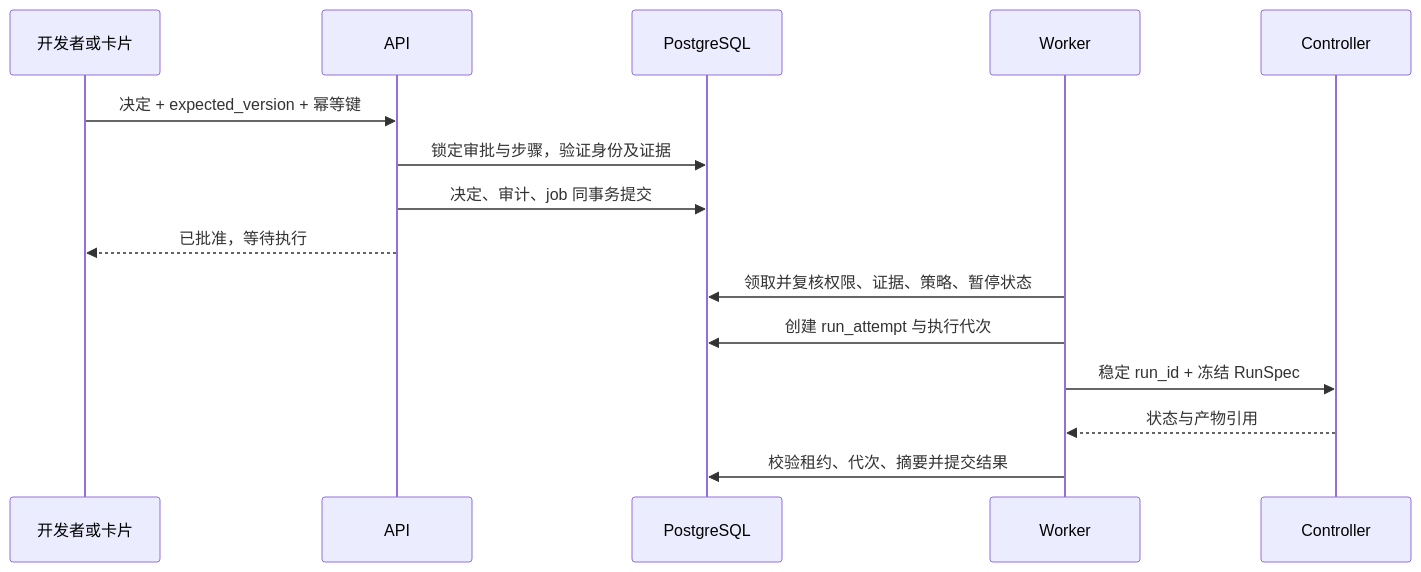
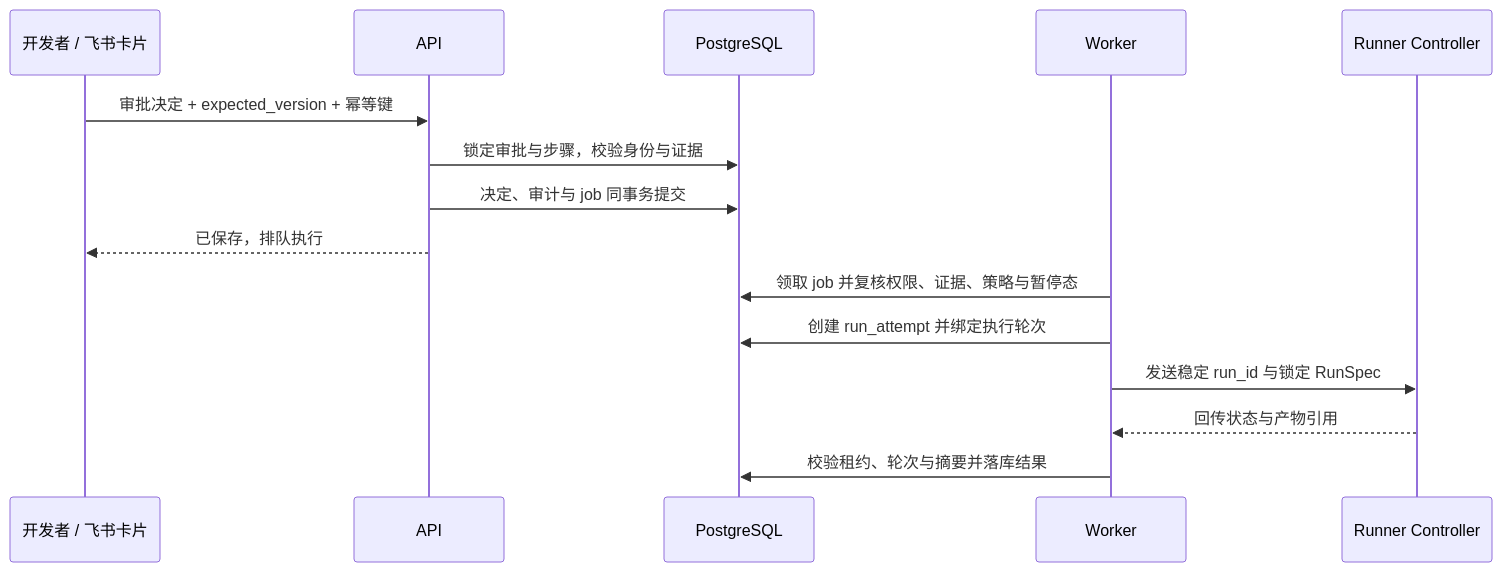
The third of 3 diagrams in docs/technical-design.md (kiraYuukiAsuna/AgentOwl), drawn with Mermaid before and after one commit. The commit also changed other lines of this file and 34 other files, not shown here.

````diff
--- a/docs/technical-design.md
+++ b/docs/technical-design.md
@@ -355,17 +309,17 @@
 ```mermaid
 sequenceDiagram
-    participant U as 开发者或卡片
+    participant U as 开发者 / 飞书卡片
     participant A as API
     participant D as PostgreSQL
     participant W as Worker
-    participant C as Controller
-    U->>A: 决定 + expected_version + 幂等键
-    A->>D: 锁定审批与步骤，验证身份及证据
-    A->>D: 决定、审计、job 同事务提交
-    A-->>U: 已批准，等待执行
-    W->>D: 领取并复核权限、证据、策略、暂停状态
-    W->>D: 创建 run_attempt 与执行代次
-    W->>C: 稳定 run_id + 冻结 RunSpec
-    C-->>W: 状态与产物引用
-    W->>D: 校验租约、代次、摘要并提交结果
+    participant C as Runner Controller
+    U->>A: 审批决定 + expected_version + 幂等键
+    A->>D: 锁定审批与步骤，校验身份与证据
+    A->>D: 决定、审计与 job 同事务提交
+    A-->>U: 已保存，排队执行
+    W->>D: 领取 job 并复核权限、证据、策略与暂停态
+    W->>D: 创建 run_attempt 并绑定执行轮次
+    W->>C: 发送稳定 run_id 与锁定 RunSpec
+    C-->>W: 回传状态与产物引用
+    W->>D: 校验租约、轮次与摘要并落库结果
 ```
````
